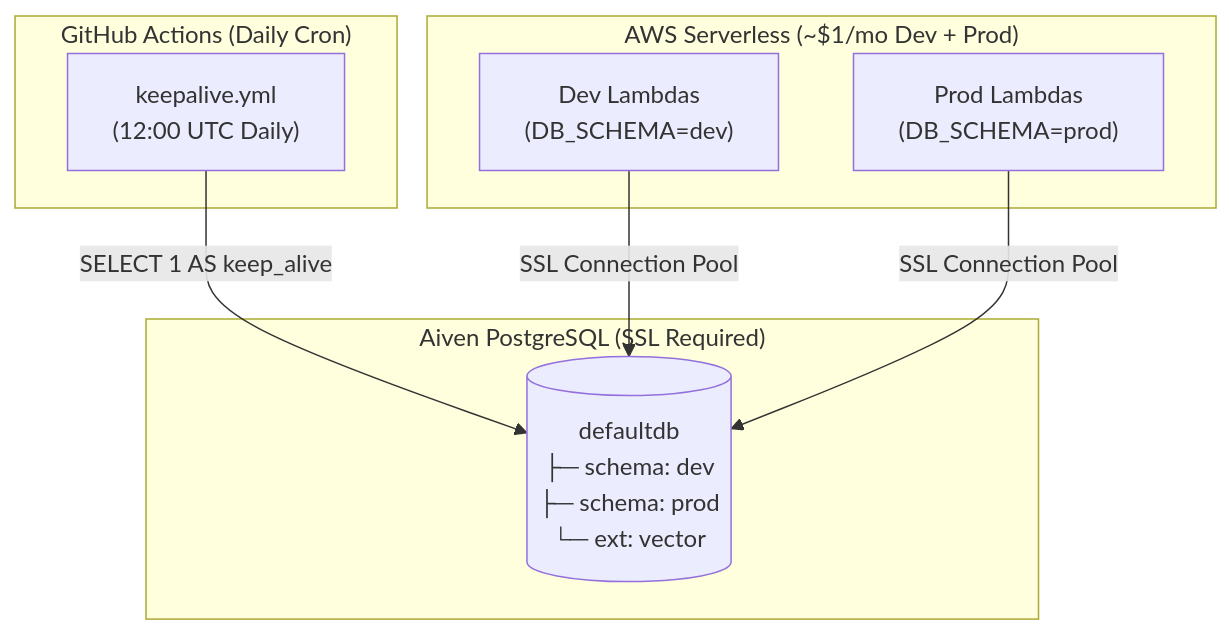
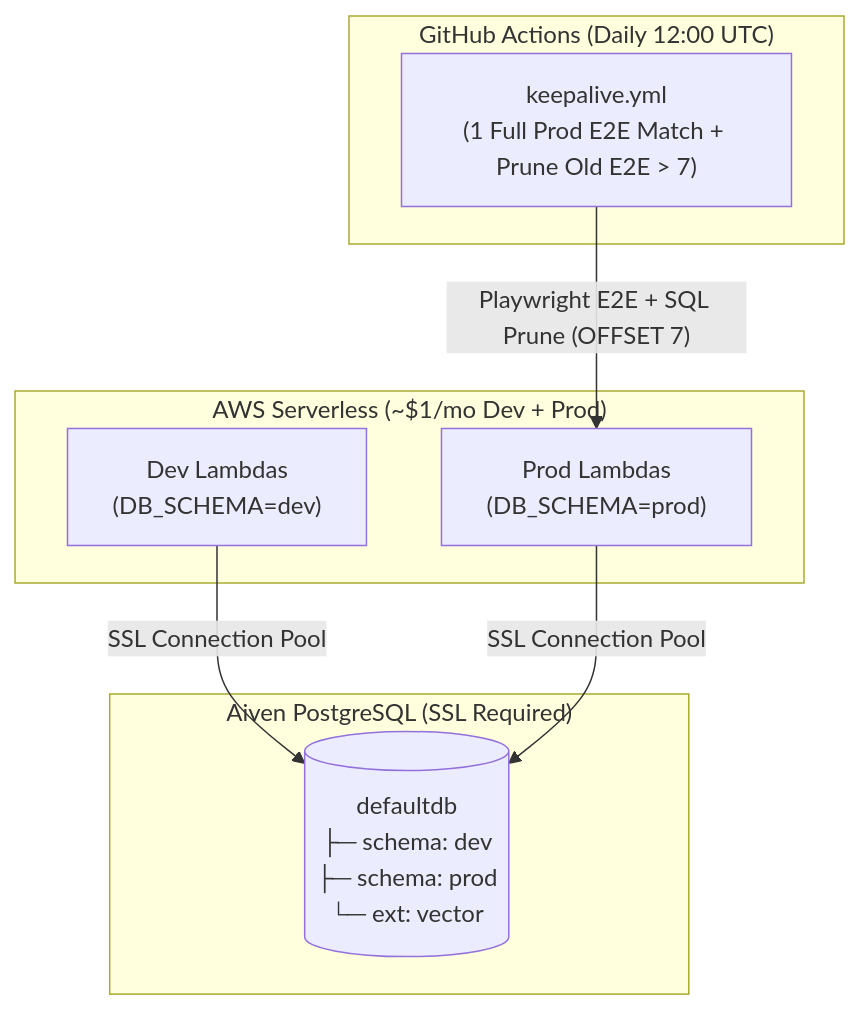
Before and after one commit to venkatesh-singamsetty/cricscore: the diagram in docs/aiven.md, drawn with Mermaid. The commit also changed other lines of this file and 8 other files, not shown here.

Commit message:
ci(keepalive): run daily prod E2E match with 7-match retention & list docs one-by-one

````diff
--- a/docs/aiven.md
+++ b/docs/aiven.md
@@ -9,19 +9,19 @@
 ```mermaid
 flowchart TD
-    subgraph GitHub["GitHub Actions (Daily Cron)"]
-        KA["keepalive.yml\n(12:00 UTC Daily)"]
+    subgraph GitHub["GitHub Actions (Daily 12:00 UTC)"]
+        KA["keepalive.yml\n(1 Full Prod E2E Match + Prune Old E2E > 7)"]
     end
 
     subgraph AWS["AWS Serverless (~$1/mo Dev + Prod)"]
         DevL["Dev Lambdas\n(DB_SCHEMA=dev)"]
         ProdL["Prod Lambdas\n(DB_SCHEMA=prod)"]
     end
 
     subgraph Aiven["Aiven PostgreSQL (SSL Required)"]
         PG[("defaultdb\n├─ schema: dev\n├─ schema: prod\n└─ ext: vector")]
     end
 
-    KA -->|"SELECT 1 AS keep_alive"| PG
+    KA -->|"Playwright E2E + SQL Prune (OFFSET 7)"| ProdL
     DevL -->|"SSL Connection Pool"| PG
     ProdL -->|"SSL Connection Pool"| PG
 ```
````
